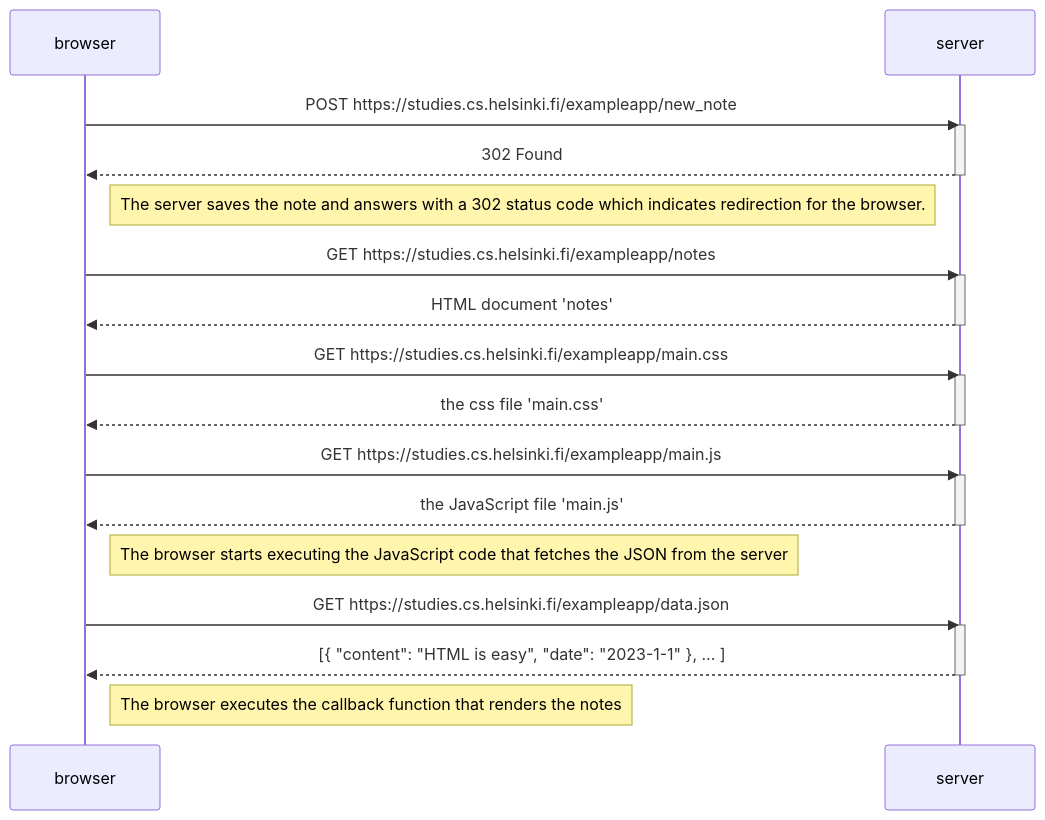
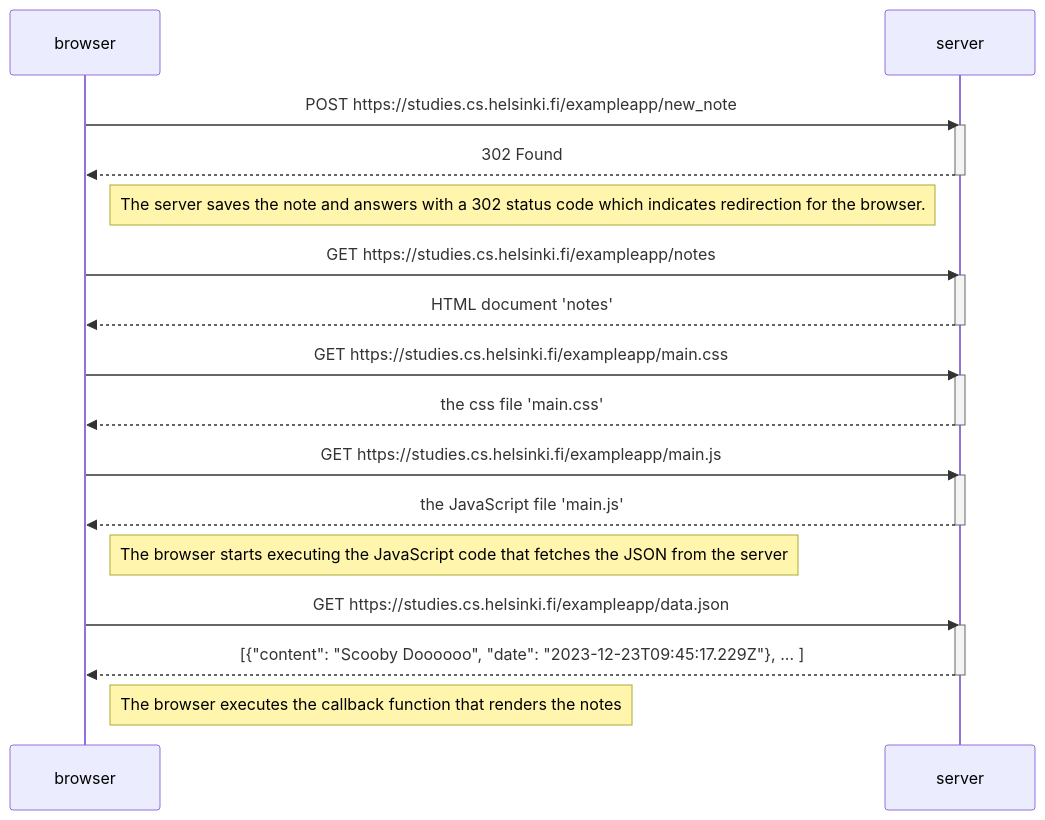
The diagram in P0/0.4:NewNote.md (Julietanilem/fullstackopen), drawn with Mermaid before and after one commit.

````diff
--- a/P0/0.4:NewNote.md
+++ b/P0/0.4:NewNote.md
@@ -1,33 +1,33 @@
 ```mermaid
 sequenceDiagram
     participant browser
     participant server
     browser->>server: POST https://studies.cs.helsinki.fi/exampleapp/new_note
     activate server
     server-->>browser:  302 Found
     deactivate server
 Note left of server: The server saves the note and answers with a 302 status code which indicates redirection for the browser.
     browser->>server: GET https://studies.cs.helsinki.fi/exampleapp/notes
     activate server
     server-->>browser: HTML document 'notes'
     deactivate server
 
     browser->>server: GET https://studies.cs.helsinki.fi/exampleapp/main.css
     activate server
     server-->>browser: the css file 'main.css'
     deactivate server
 
     browser->>server: GET https://studies.cs.helsinki.fi/exampleapp/main.js
     activate server
     server-->>browser: the JavaScript file 'main.js'
     deactivate server
 
     Note right of browser: The browser starts executing the JavaScript code that fetches the JSON from the server
 
     browser->>server: GET https://studies.cs.helsinki.fi/exampleapp/data.json
     activate server
-    server-->>browser: [{ "content": "HTML is easy", "date": "2023-1-1" }, ... ]
+    server-->>browser: [{"content": "Scooby Doooooo", "date": "2023-12-23T09:45:17.229Z"}, ... ]
     deactivate server
 
     Note right of browser: The browser executes the callback function that renders the notes
 ```
````
